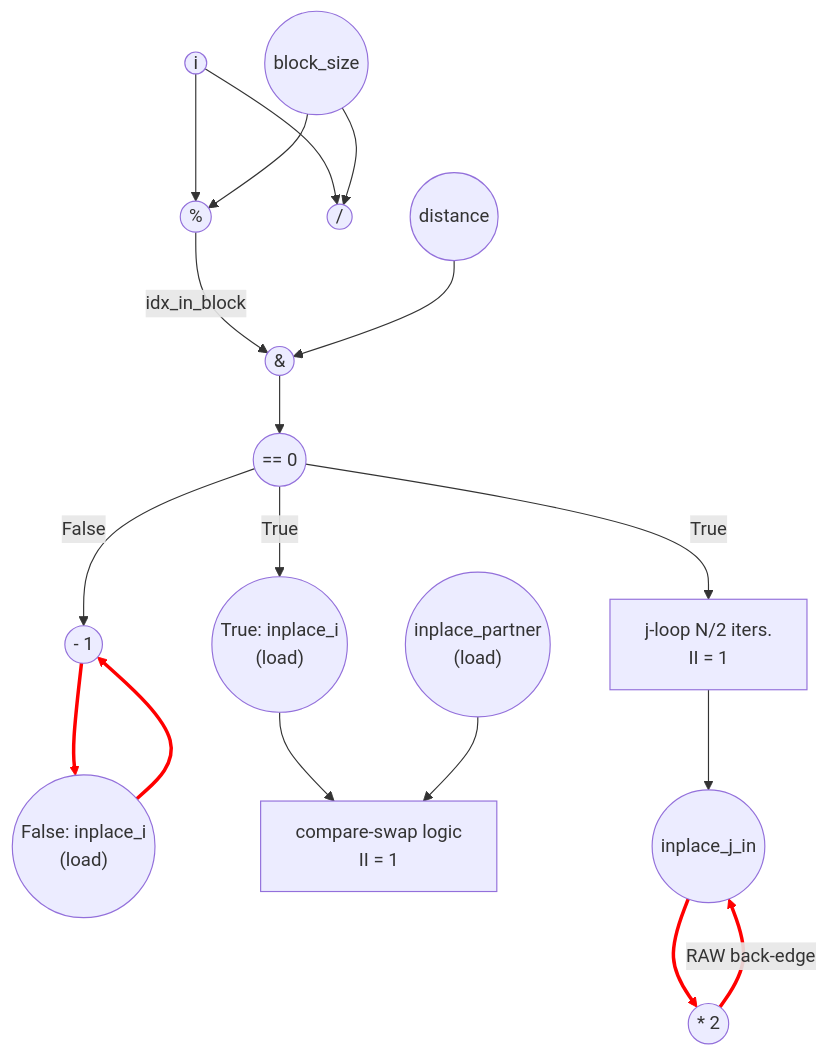
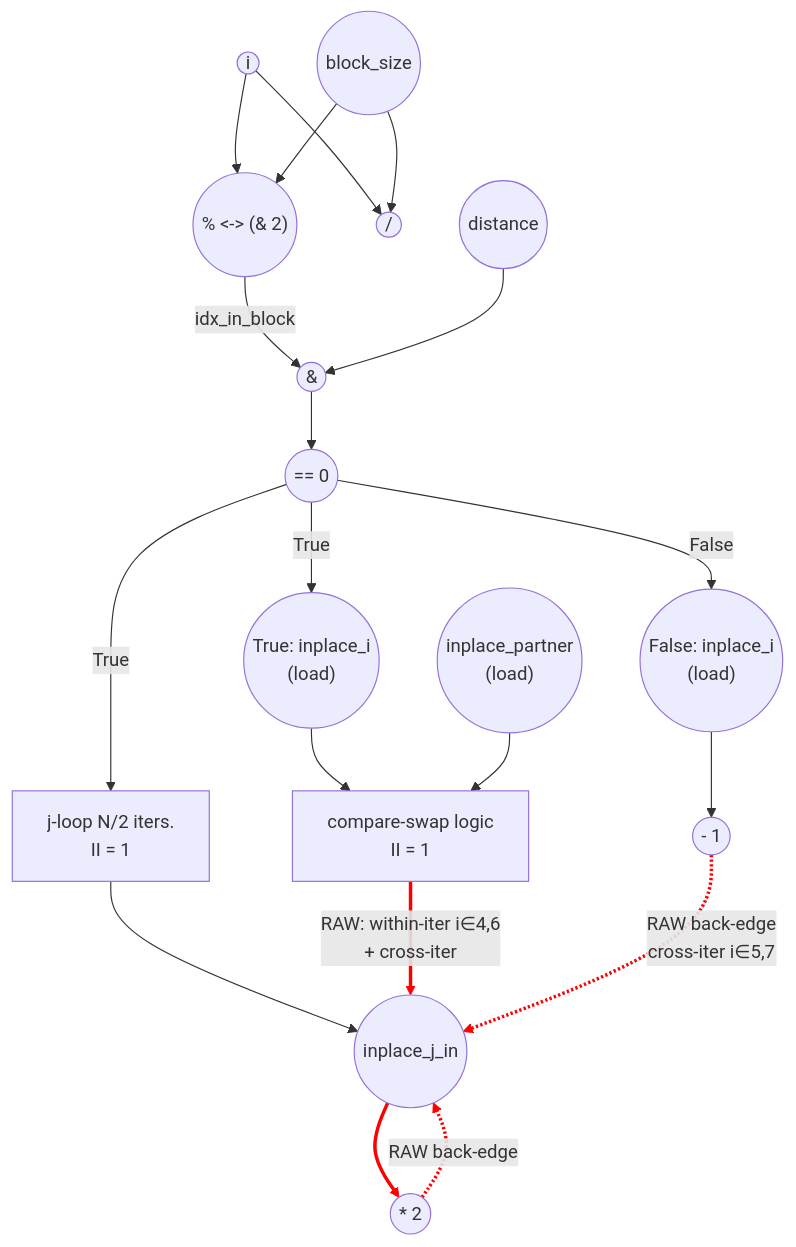
One commit to PolyArch/loom changed the diagram in tests/app/bitonic_stage-modified/bitonic_stage-modified_eval.md. Above: the diagram before and after it, drawn with Mermaid. The commit also changed other lines of this file, not shown here.

````diff
--- a/tests/app/bitonic_stage-modified/bitonic_stage-modified_eval.md
+++ b/tests/app/bitonic_stage-modified/bitonic_stage-modified_eval.md
@@ -40,55 +154,63 @@
 ```mermaid
 graph TD
     %% Shared predicate inputs
     i(("i"))
     block_size(("block_size"))
     distance(("distance"))
 
     %% Predicate ops
     div((" / "))
-    mod((" % "))
+    mod((" % <-> (& 2) "))
     band_pred((" & "))
     cmp_pred((" == 0 "))
 
     %% Compare-swap inputs (baseline path)
     inplace_i(("True: inplace_i<br>(load)"))
     inplace_i_f(("False: inplace_i<br>(load)"))
     inplace_p(("inplace_partner<br>(load)"))
     swap["compare-swap logic<br>II = 1"]
     jloop["j-loop N/2 iters.<br>II = 1"]
 
     %% Modification inputs/ops
     inplace_j_in(("inplace_j_in"))
     mul((" * 2 "))
     sub((" - 1 "))
 
     %% Predicate dataflow
     i --> div
     i --> mod
     block_size --> div
     block_size --> mod
     mod -->|idx_in_block| band_pred
     distance --> band_pred
     band_pred --> cmp_pred
 
     %% If-branch: baseline compare-swap (collapsed)
     cmp_pred -->|True| inplace_i
     inplace_i --> swap
     inplace_p --> swap
 
     %% If-branch: nested j-loop multiplies inplace[N/2..N-1] by 2
     cmp_pred -->|True| jloop
     jloop --> inplace_j_in
 
-    %% Cross-iter loop-carried back-edge through inplace[N/2..N-1]
+    %% Cross-iter loop-carried back-edge through inplace[N/2..N-1] (j-loop → j-loop)
     inplace_j_in --> mul
-    mul -->|RAW back-edge| inplace_j_in
+    mul -.->|RAW back-edge| inplace_j_in
 
-    %% Else-branch: decrement inplace[i]
-    cmp_pred -->|False| sub
+    %% Compare-swap → j-loop read set:
+    %%   within-iter for i ∈ {4,6} (compare-swap writes inplace[4,5] / inplace[6,7], j-loop then reads inplace[N/2..N-1])
+    %%   cross-iter for those same stores feeding later if-iters' j-loops
+    swap -->|RAW: within-iter i∈4,6<br>+ cross-iter| inplace_j_in
+
+    %% Else-branch: decrement inplace[i] (no else→else carry; load → sub → store is straight-line)
+    cmp_pred -->|False| inplace_i_f
     inplace_i_f --> sub
-    sub --> inplace_i_f
 
-    %% Critical Path: j-loop recurrence through inplace[N/2..N-1]
-    linkStyle 12,13,15,16 stroke:#ff0000,stroke-width:3px;
+    %% Cross-iter: else stores at i ∈ {5,7} feed later if-iters' j-loop reads of inplace[5] / inplace[7]
+    sub -.->|RAW back-edge<br>cross-iter i∈5,7| inplace_j_in
+
+    %% Critical Path: memory chain through inplace[N/2..N-1]
+    %%   j-loop body (12) + j-loop RAW (13) + compare-swap → j-loop (14) + else → j-loop (17)
+    linkStyle 12,13,14,17 stroke:#ff0000,stroke-width:3px;
 ```
````
